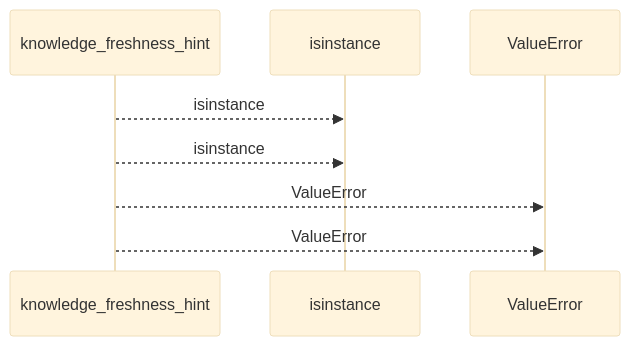
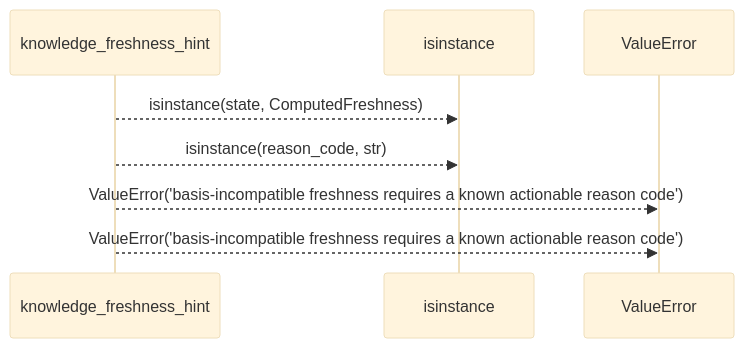
One commit to Denissvgn/python-wiki-llm changed the first of 2 diagrams in docs/llm_wiki/flows/api-knowledge_freshness_hint.md. Above: the diagram before and after it, drawn with Mermaid (base theme). The commit also changed other lines of this file and 1410 other files, not shown here.

````diff
--- a/docs/llm_wiki/flows/api-knowledge_freshness_hint.md
+++ b/docs/llm_wiki/flows/api-knowledge_freshness_hint.md
@@ -10,10 +12,10 @@
 ```mermaid
 sequenceDiagram
     participant p0 as knowledge_freshness_hint
     participant p1 as isinstance
     participant p2 as ValueError
-    p0-->>p1: isinstance
-    p0-->>p1: isinstance
-    p0-->>p2: ValueError
-    p0-->>p2: ValueError
+    p0-->>p1: isinstance(state, ComputedFreshness)
+    p0-->>p1: isinstance(reason_code, str)
+    p0-->>p2: ValueError('basis-incompatible freshness requires a known actionable reason code')
+    p0-->>p2: ValueError('basis-incompatible freshness requires a known actionable reason code')
 ```
````
